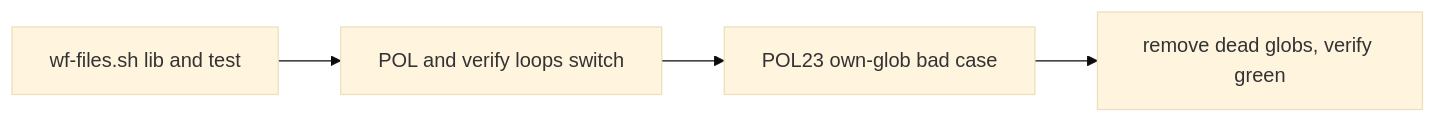
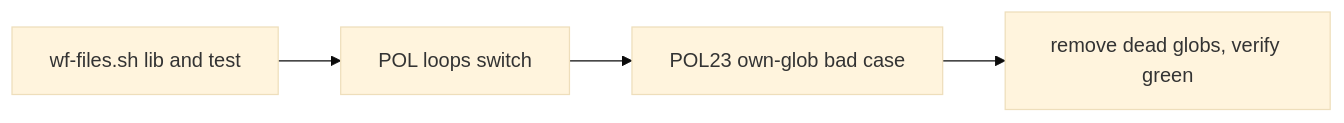
The second of 2 diagrams in docs/pbi/verify/WF01.md (svennijhuis/agentic-workflows), drawn with Mermaid (base theme) before and after one commit. The commit also changed other lines of this file and 3 other files, not shown here.

````diff
--- a/docs/pbi/verify/WF01.md
+++ b/docs/pbi/verify/WF01.md
@@ -79,6 +80,6 @@
 ```mermaid
 flowchart LR
-  S1[wf-files.sh lib and test] --> S2[POL and verify loops switch]
+  S1[wf-files.sh lib and test] --> S2[POL loops switch]
   S2 --> S3[POL23 own-glob bad case]
   S3 --> S4[remove dead globs, verify green]
 ```
````
